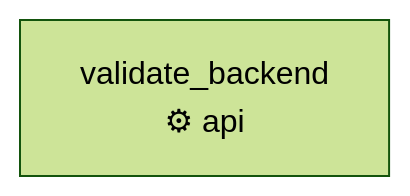
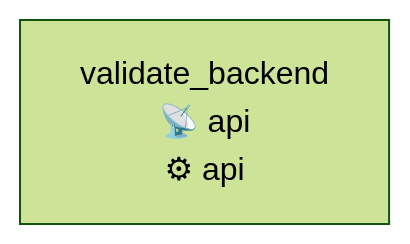
One commit to jeffersonmachado/r-agent2 changed the diagram in docs/diagrams/qa-waves/journey-core-support_ticket_flow-precond_support_ticket_flow_open_ticket_exists.md. Above: the diagram before and after it, drawn with Mermaid (forest theme). The commit also changed other lines of this file and 74 other files, not shown here.

First line of the commit message:
docs(qa-waves): roteiros de jornada + diagramas + status de plataforma

````diff
--- a/docs/diagrams/qa-waves/journey-core-support_ticket_flow-precond_support_ticket_flow_open_ticket_exists.md
+++ b/docs/diagrams/qa-waves/journey-core-support_ticket_flow-precond_support_ticket_flow_open_ticket_exists.md
@@ -5,5 +5,5 @@
 ```mermaid
 flowchart LR
-    step_precond_open_ticket_exists_1["validate_backend\n⚙ api"]
+    step_precond_open_ticket_exists_1["validate_backend\n📡 api\n⚙ api"]
 
 ```
````
